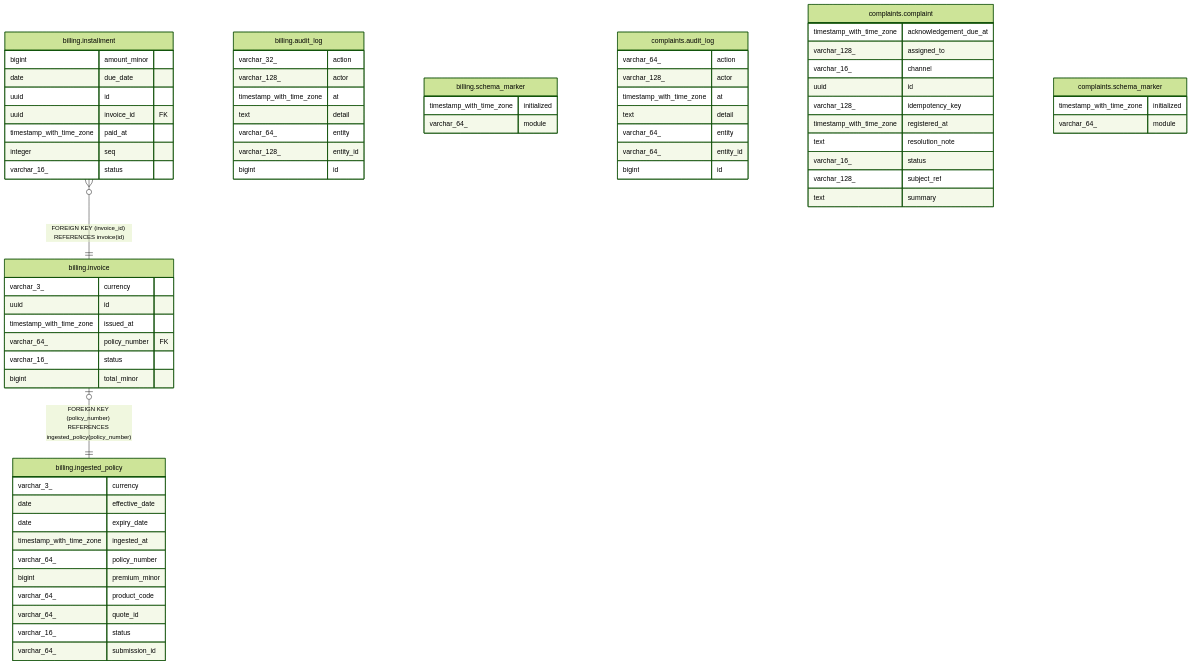
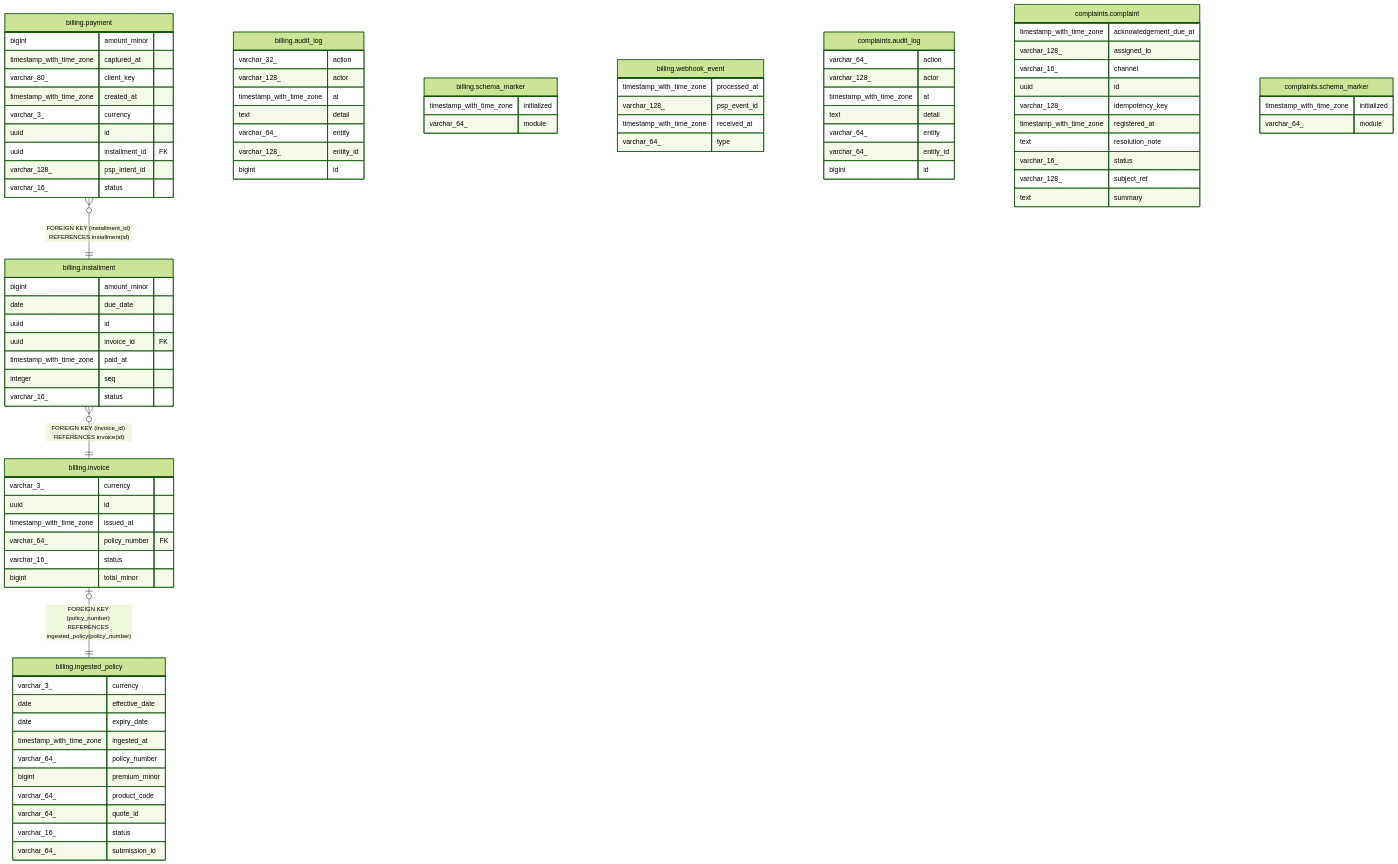
One commit to andrelair-platform/ktayl-core changed the diagram in docs/data-model/README.md. Above: the diagram before and after it, drawn with Mermaid (forest theme). The commit also changed other lines of this file and 28 other files, not shown here.

First line of the commit message:
feat(billing): BILL-013 Stripe payment — initiate + webhook capture (dormant until keys) (#45)

```diff
--- a/docs/data-model/README.md
+++ b/docs/data-model/README.md
@@ -20,6 +22,7 @@
 
 "billing.installment" }o--|| "billing.invoice" : "FOREIGN KEY (invoice_id) REFERENCES invoice(id)"
 "billing.invoice" |o--|| "billing.ingested_policy" : "FOREIGN KEY (policy_number) REFERENCES ingested_policy(policy_number)"
+"billing.payment" }o--|| "billing.installment" : "FOREIGN KEY (installment_id) REFERENCES installment(id)"
 
 "billing.audit_log" {
   varchar_32_ action
@@ -59,9 +62,26 @@
   varchar_16_ status
   bigint total_minor
 }
+"billing.payment" {
+  bigint amount_minor
+  timestamp_with_time_zone captured_at
+  varchar_80_ client_key
+  timestamp_with_time_zone created_at
+  varchar_3_ currency
+  uuid id
+  uuid installment_id FK
+  varchar_128_ psp_intent_id
+  varchar_16_ status
+}
 "billing.schema_marker" {
   timestamp_with_time_zone initialized
   varchar_64_ module
+}
+"billing.webhook_event" {
+  timestamp_with_time_zone processed_at
+  varchar_128_ psp_event_id
+  timestamp_with_time_zone received_at
+  varchar_64_ type
 }
 "complaints.audit_log" {
   varchar_64_ action
```
